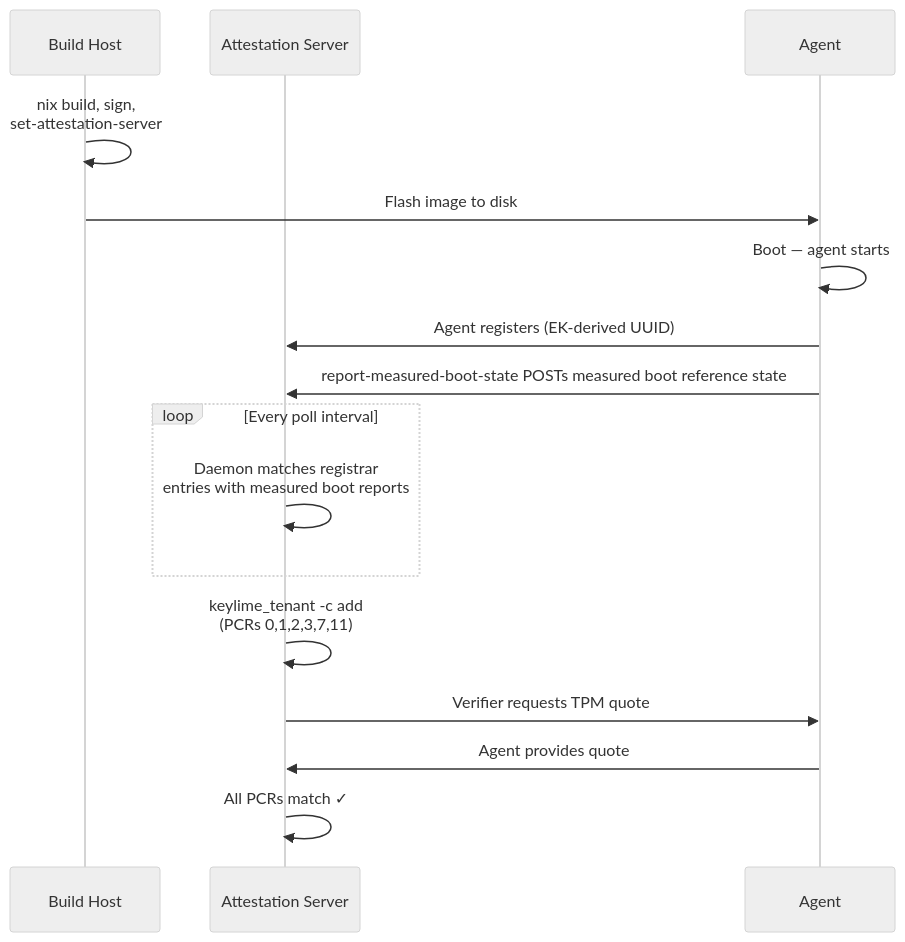
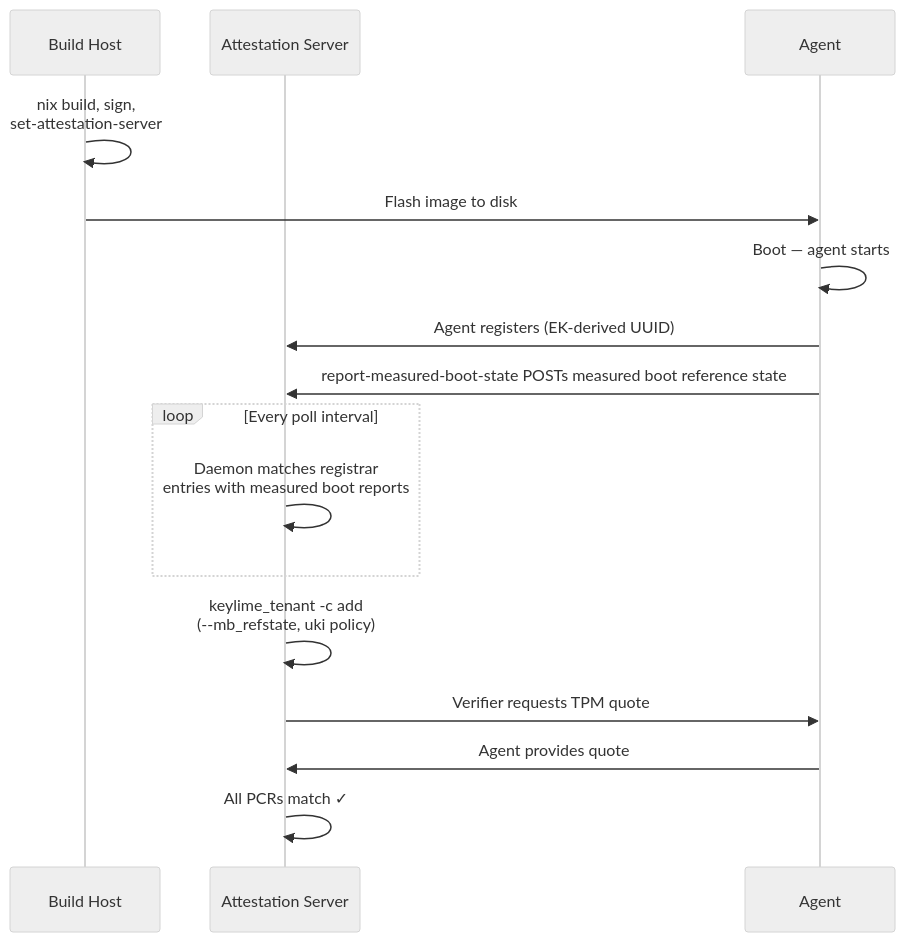
One commit to phaer/nixos-android-builder changed the diagram in docs/user-guide.md. Above: the diagram before and after it, drawn with Mermaid. The commit also changed 2 other files, not shown here.

Commit message:
docs: fix PCR list inaccuracies and remove implemented item from limitations
- user-guide.md: enrollment diagram said 'PCRs 0,1,2,3,7,11' but the
  daemon passes --mb_refstate with no explicit PCR list; the uki policy
  determines replay via get_relevant_pcrs() = {0,1,2,3,4,5,7}.
  PCR 11 is excluded from replay; PCRs 4 and 5 were missing. Replace
  with '--mb_refstate, uki policy' which is accurate and stable.

- keylime-auto-enroll.nix: same fix in the module header comment.

- docs.md: remove the 'measured boot & attestation' bullet from
  Limitations and Further Work — it described the current working
  implementation, not an outstanding gap. The feature is fully covered
  in the 'Remote Attestation (Keylime)' section.

```diff
--- a/docs/user-guide.md
+++ b/docs/user-guide.md
@@ -185,27 +185,27 @@
 ~~~mermaid
 ---
 config:
   theme: neutral
 ---
 sequenceDiagram
     participant B as Build Host
     participant S as Attestation Server
     participant A as Agent
 
     B->>B: nix build, sign,<br/>set-attestation-server
     B->>A: Flash image to disk
 
     A->>A: Boot — agent starts
     A->>S: Agent registers (EK-derived UUID)
     A->>S: report-measured-boot-state POSTs measured boot reference state
 
     loop Every poll interval
         S->>S: Daemon matches registrar<br/>entries with measured boot reports
     end
 
-    S->>S: keylime_tenant -c add<br/>(PCRs 0,1,2,3,7,11)
+    S->>S: keylime_tenant -c add<br/>(--mb_refstate, uki policy)
 
     S->>A: Verifier requests TPM quote
     A->>S: Agent provides quote
     S->>S: All PCRs match ✓
 ~~~
```
